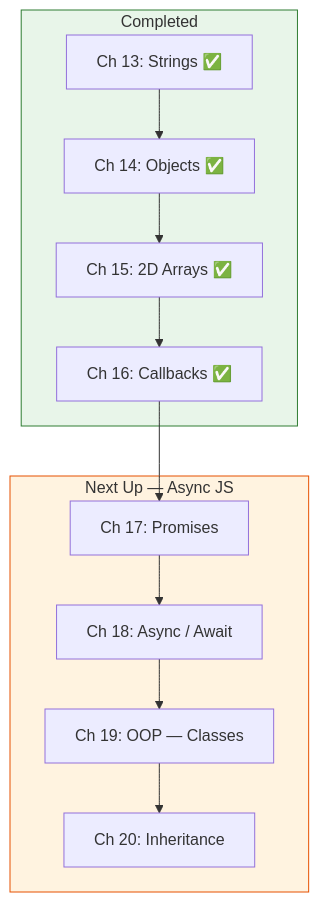
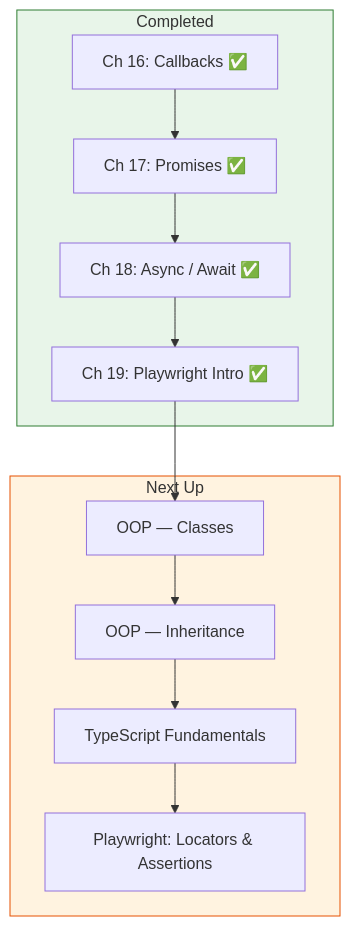
Diagram 37 of 39 in README.md (harsh-0541/LearnPlaywrightBatch2x), drawn with Mermaid before and after one commit. The commit also changed other lines of this file and 22 other files, not shown here.

First line of the commit message:
docs: add Chapters 17–19 (Promises, Async/Await, Playwright) to README

````diff
--- a/README.md
+++ b/README.md
@@ -2949,20 +3250,20 @@
 ```mermaid
 graph TD
     subgraph done["Completed"]
-        D1[Ch 13: Strings ✅] --> D2[Ch 14: Objects ✅]
-        D2 --> D3[Ch 15: 2D Arrays ✅]
-        D3 --> D4[Ch 16: Callbacks ✅]
+        D1[Ch 16: Callbacks ✅] --> D2[Ch 17: Promises ✅]
+        D2 --> D3[Ch 18: Async / Await ✅]
+        D3 --> D4[Ch 19: Playwright Intro ✅]
     end
 
-    subgraph next["Next Up — Async JS"]
-        N1[Ch 17: Promises]
-        N2[Ch 18: Async / Await]
-        N3[Ch 19: OOP — Classes]
-        N4[Ch 20: Inheritance]
+    subgraph next["Next Up"]
+        N1[OOP — Classes]
+        N2[OOP — Inheritance]
+        N3[TypeScript Fundamentals]
+        N4[Playwright: Locators & Assertions]
     end
 
     D4 --> N1 --> N2 --> N3 --> N4
 
     style done fill:#e8f5e9,stroke:#2e7d32
     style next fill:#fff3e0,stroke:#e65100
 ```
````
